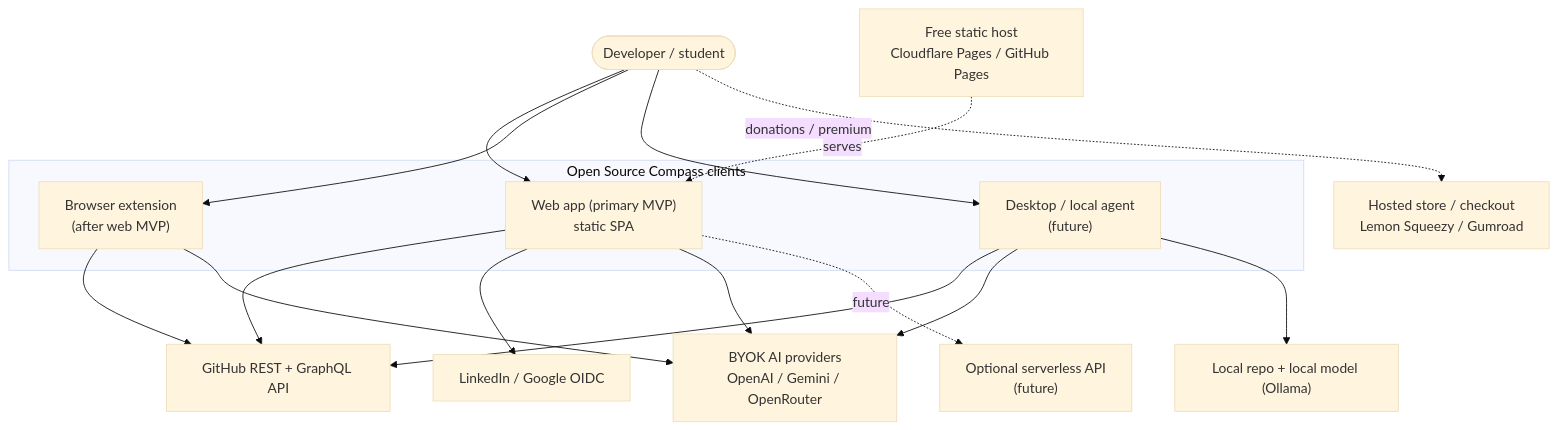
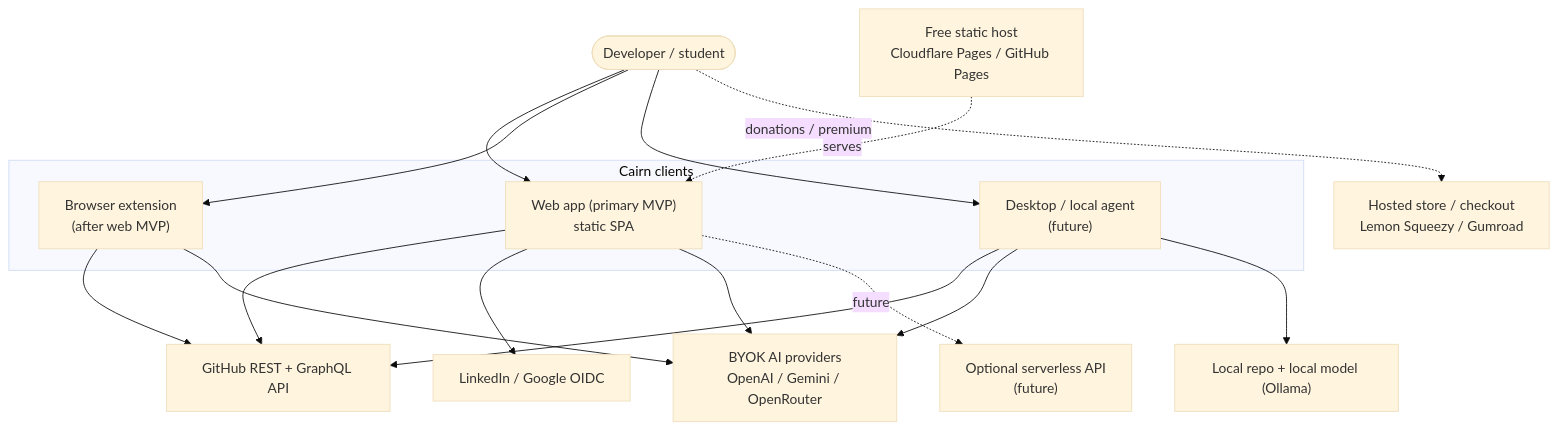
The first of 7 diagrams in ARCHITECTURE.md (MahmoudNasserGouda/cairn), drawn with Mermaid (base theme) before and after one commit. The commit also changed other lines of this file and 76 other files, not shown here.

````diff
--- a/ARCHITECTURE.md
+++ b/ARCHITECTURE.md
@@ -44,26 +44,26 @@
 ```mermaid
 flowchart TB
     User([Developer / student])
 
-    subgraph Clients["Open Source Compass clients"]
+    subgraph Clients["Cairn clients"]
         Web["Web app (primary MVP)<br/>static SPA"]
         Ext["Browser extension<br/>(after web MVP)"]
         Desktop["Desktop / local agent<br/>(future)"]
     end
 
     Host["Free static host<br/>Cloudflare Pages / GitHub Pages"]
     GH["GitHub REST + GraphQL API"]
     LI["LinkedIn / Google OIDC"]
     AI["BYOK AI providers<br/>OpenAI / Gemini / OpenRouter"]
     Store["Hosted store / checkout<br/>Lemon Squeezy / Gumroad"]
     Serverless["Optional serverless API<br/>(future)"]
 
     User --> Web & Ext & Desktop
     Host -. serves .-> Web
     Web --> GH & LI & AI
     Ext --> GH & AI
     Desktop --> GH & AI
     Desktop --> Local["Local repo + local model (Ollama)"]
     User -. donations / premium .-> Store
     Web -. future .-> Serverless
 ```
````
